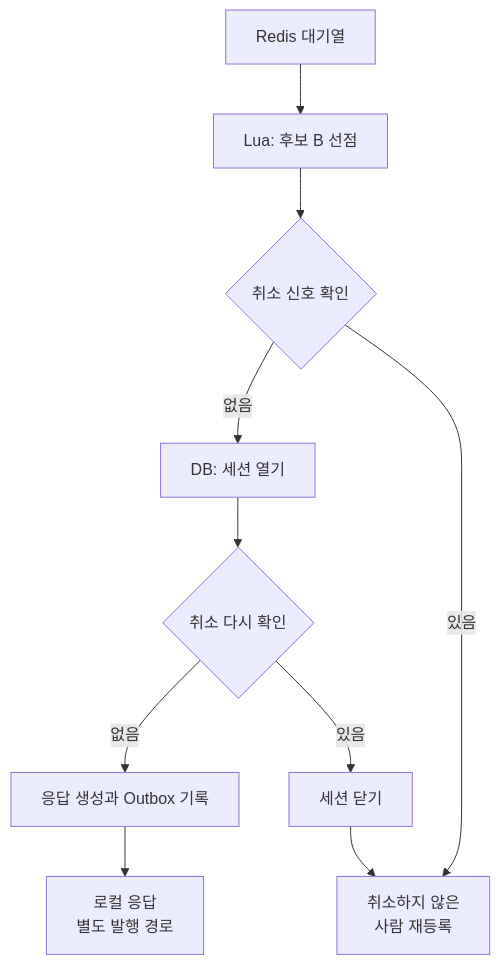
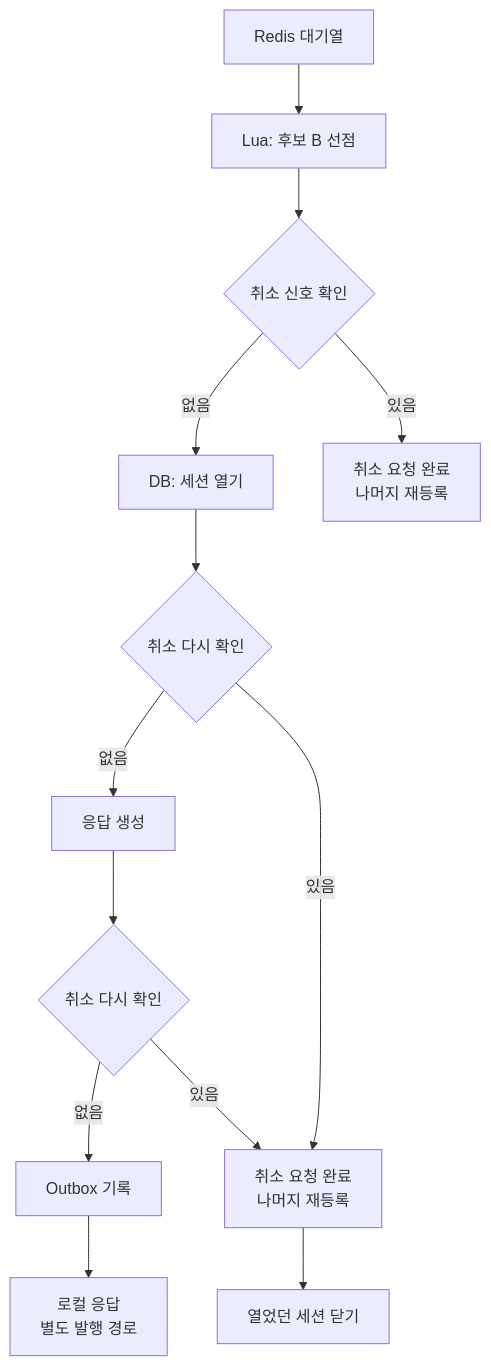
Before and after one commit to junho0831/career-ops: the diagram in docs/posts/2026-08-31-voicelink-distributed-matching-concurrency-redis-lua.md, drawn with Mermaid. The commit also changed other lines of this file and 17 other files, not shown here.

````diff
--- a/docs/posts/2026-08-31-voicelink-distributed-matching-concurrency-redis-lua.md
+++ b/docs/posts/2026-08-31-voicelink-distributed-matching-concurrency-redis-lua.md
@@ -39,12 +64,15 @@
 ```mermaid
 flowchart TD
  Q["Redis 대기열"] --> L["Lua: 후보 B 선점"]
  L --> C{"취소 신호 확인"}
  C -->|없음| S["DB: 세션 열기"]
  S --> C2{"취소 다시 확인"}
- C2 -->|없음| O["응답 생성과 Outbox 기록"]
- C -->|있음| R["취소하지 않은<br/>사람 재등록"]
- C2 -->|있음| X["세션 닫기"]
- X --> R
+ C2 -->|없음| F["응답 생성"]
+ F --> C3{"취소 다시 확인"}
+ C3 -->|없음| O["Outbox 기록"]
+ C -->|있음| R0["취소 요청 완료<br/>나머지 재등록"]
+ C2 -->|있음| R["취소 요청 완료<br/>나머지 재등록"]
+ C3 -->|있음| R
+ R --> X["열었던 세션 닫기"]
  O --> D["로컬 응답<br/>별도 발행 경로"]
 ```
````
